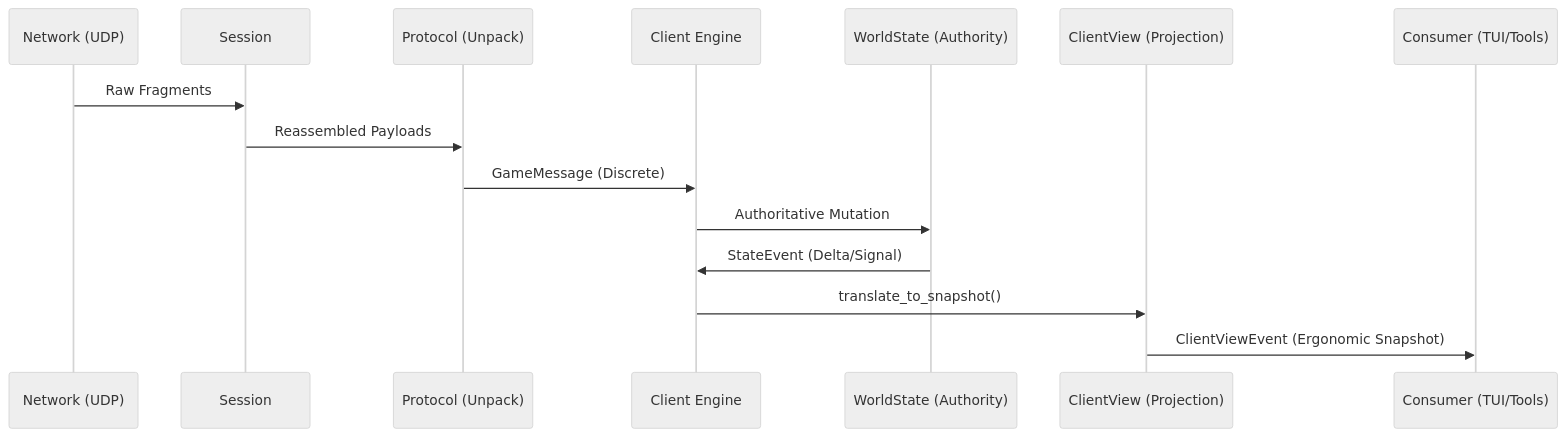
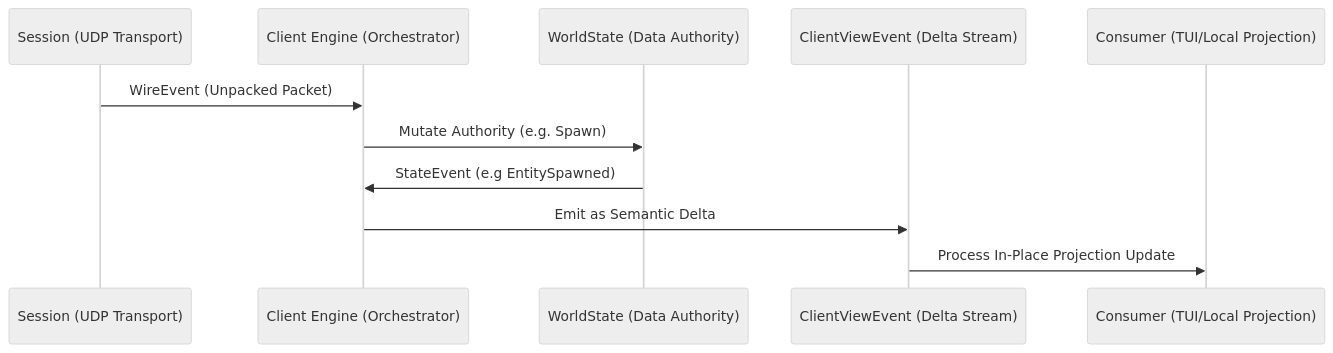
One commit to merklejerk/holtburger changed the diagram in crates/holtburger-core/ARCHITECTURE.md. Above: the diagram before and after it, drawn with Mermaid (neutral theme). The commit also changed other lines of this file and 6 other files, not shown here.

Commit message:
update `ARCHITECTURE.md`s

````diff
--- a/crates/holtburger-core/ARCHITECTURE.md
+++ b/crates/holtburger-core/ARCHITECTURE.md
@@ -46,18 +37,14 @@
 ```mermaid
 sequenceDiagram
-    participant Net as Network (UDP)
-    participant Sess as Session
-    participant Proto as Protocol (Unpack)
-    participant Core as Client Engine
-    participant World as WorldState (Authority)
-    participant View as ClientView (Projection)
-    participant UI as Consumer (TUI/Tools)
+    participant Net as Session (UDP Transport)
+    participant Core as Client Engine (Orchestrator)
+    participant World as WorldState (Data Authority)
+    participant View as ClientViewEvent (Delta Stream)
+    participant UI as Consumer (TUI/Local Projection)
 
-    Net->>Sess: Raw Fragments
-    Sess->>Proto: Reassembled Payloads
-    Proto->>Core: GameMessage (Discrete)
-    Core->>World: Authoritative Mutation
-    World->>Core: StateEvent (Delta/Signal)
-    Core->>View: translate_to_snapshot()
-    View->>UI: ClientViewEvent (Ergonomic Snapshot)
+    Net->>Core: WireEvent (Unpacked Packet)
+    Core->>World: Mutate Authority (e.g. Spawn)
+    World->>Core: StateEvent (e.g EntitySpawned)
+    Core->>View: Emit as Semantic Delta
+    View->>UI: Process In-Place Projection Update
 ```
````
